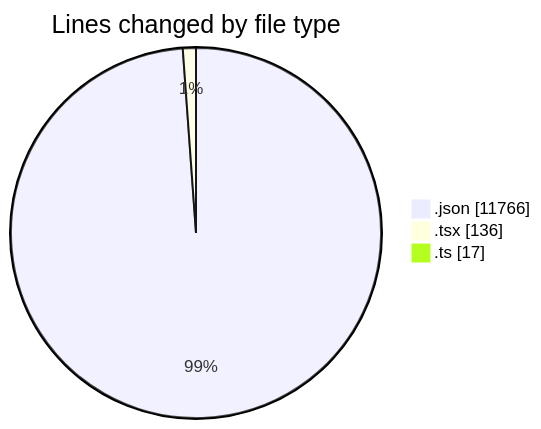
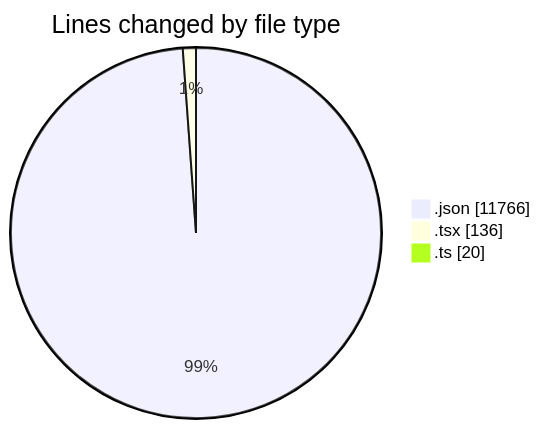
The first of 2 diagrams in 2026-04-16/airfeed-analytics-dashboard/README.md (nxtqubesakshisongat/code-tracking), drawn with Mermaid before and after one commit. The commit also changed other lines of this file and 1 other file, not shown here.

````diff
--- a/2026-04-16/airfeed-analytics-dashboard/README.md
+++ b/2026-04-16/airfeed-analytics-dashboard/README.md
@@ -22,7 +22,7 @@
 ```mermaid
 pie showData
 title Lines changed by file type
 ".json" : 11766
 ".tsx" : 136
-".ts" : 17
+".ts" : 20
 ```
````
